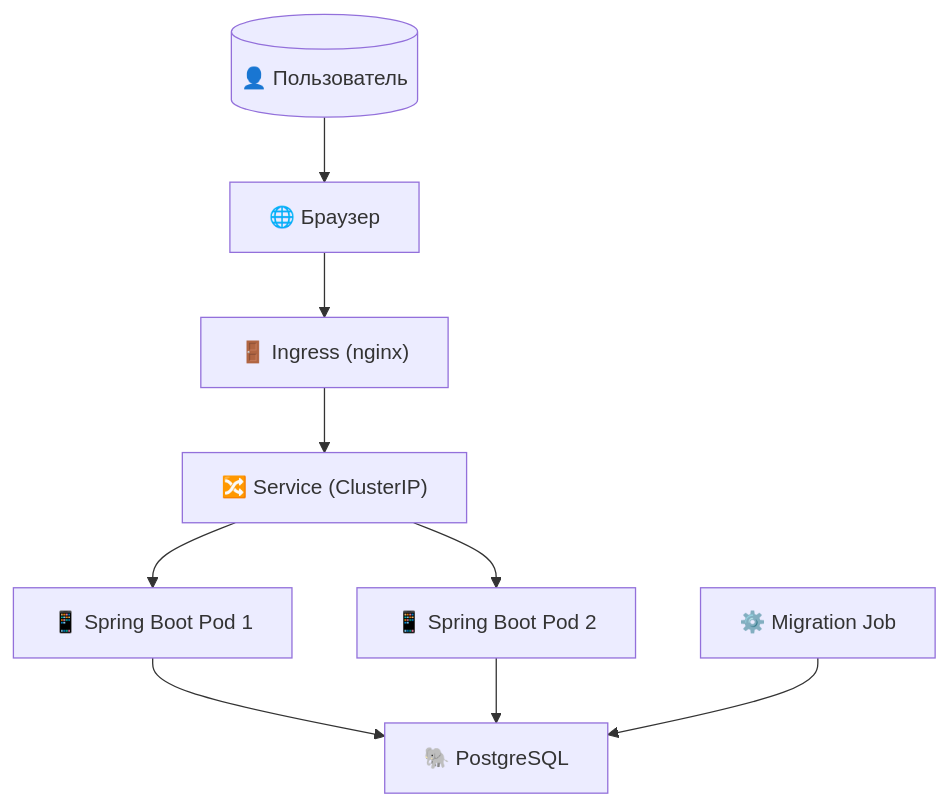
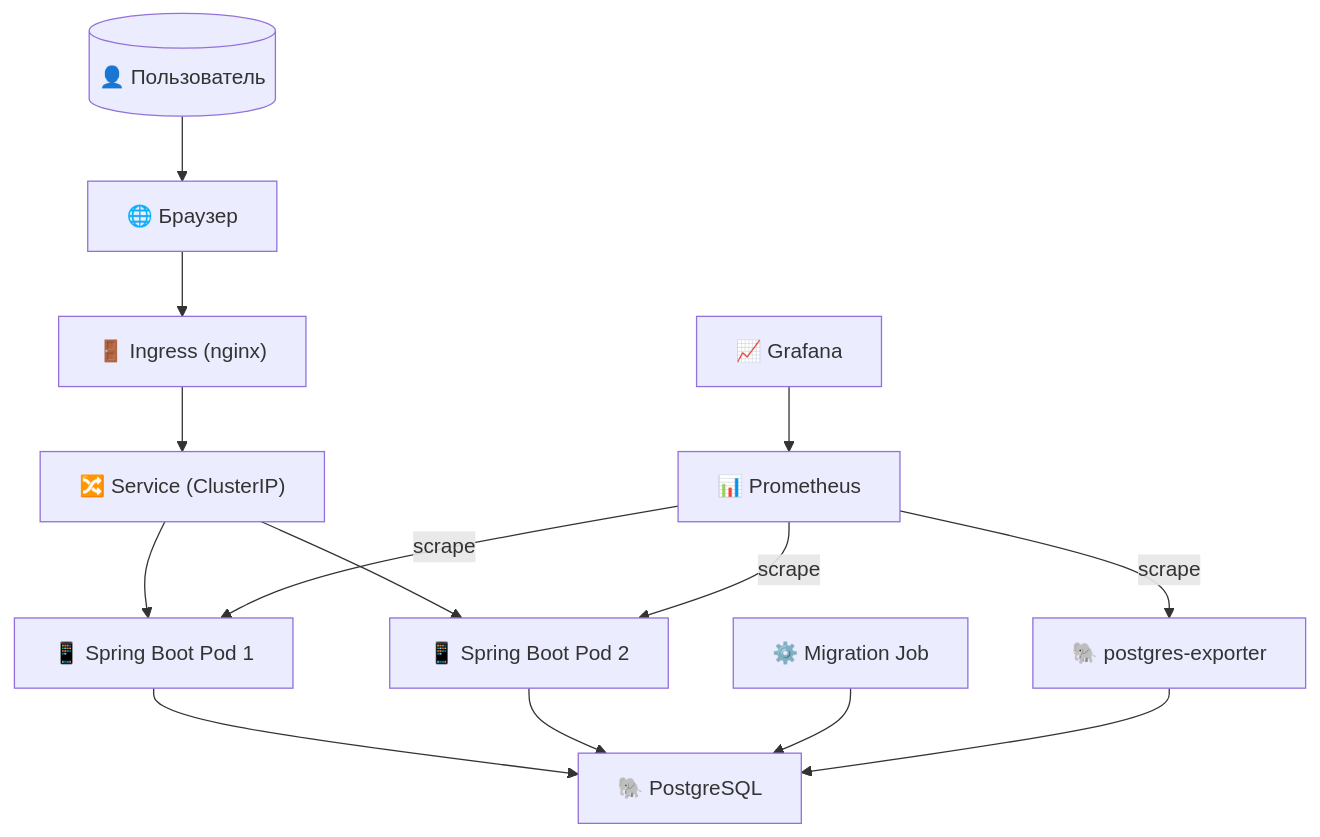
One commit to Khramko/user-service changed the first of 2 diagrams in README.md. Above: the diagram before and after it, drawn with Mermaid. The commit also changed other lines of this file, not shown here.

Commit message:
0.0.3 grafana

````diff
--- a/README.md
+++ b/README.md
@@ -33,20 +38,28 @@
 ```mermaid
 graph TB
     User[("👤 Пользователь")]
     Browser["🌐 Браузер"]
     Ingress["🚪 Ingress (nginx)"]
     Service["🔀 Service (ClusterIP)"]
     Pod1["📱 Spring Boot Pod 1"]
     Pod2["📱 Spring Boot Pod 2"]
     DB["🐘 PostgreSQL"]
     Job["⚙️ Migration Job"]
-    
+    Prom["📊 Prometheus"]
+    Graf["📈 Grafana"]
+    PGExp["🐘 postgres-exporter"]
+
     User --> Browser
     Browser --> Ingress
     Ingress --> Service
     Service --> Pod1
     Service --> Pod2
     Pod1 --> DB
     Pod2 --> DB
     Job --> DB
+    Prom -->|scrape| Pod1
+    Prom -->|scrape| Pod2
+    Prom -->|scrape| PGExp
+    PGExp --> DB
+    Graf --> Prom
 ```
````
